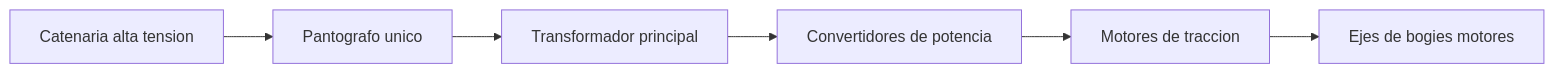
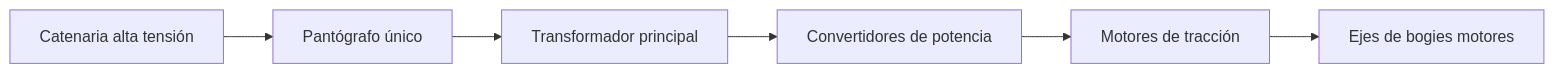
The second of 4 diagrams in vehiculos/tren-alta-velocidad/operacion/sistemas-mecanicos-tren-alta-velocidad.md (vladimiracunadev-create/machine-operator-program), drawn with Mermaid before and after one commit. The commit also changed other lines of this file and 442 other files, not shown here.

````diff
--- a/vehiculos/tren-alta-velocidad/operacion/sistemas-mecanicos-tren-alta-velocidad.md
+++ b/vehiculos/tren-alta-velocidad/operacion/sistemas-mecanicos-tren-alta-velocidad.md
@@ -44,8 +44,8 @@
 ```mermaid
 flowchart LR
-    Catenaria[Catenaria alta tension] --> Pantografo[Pantografo unico]
+    Catenaria[Catenaria alta tensión] --> Pantografo[Pantógrafo único]
     Pantografo --> Transformador[Transformador principal]
     Transformador --> Convertidor[Convertidores de potencia]
-    Convertidor --> Motores[Motores de traccion]
+    Convertidor --> Motores[Motores de tracción]
     Motores --> Ejes[Ejes de bogies motores]
 ```
````
